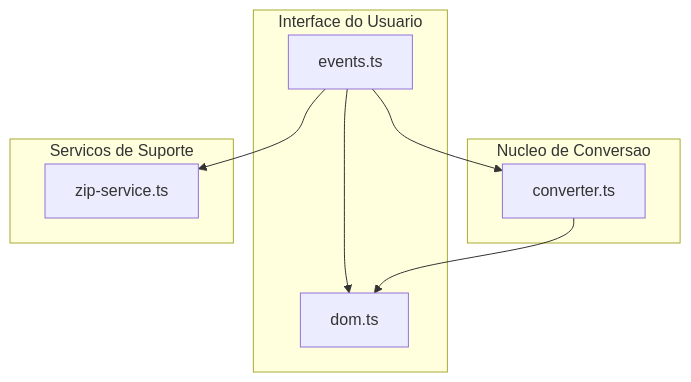
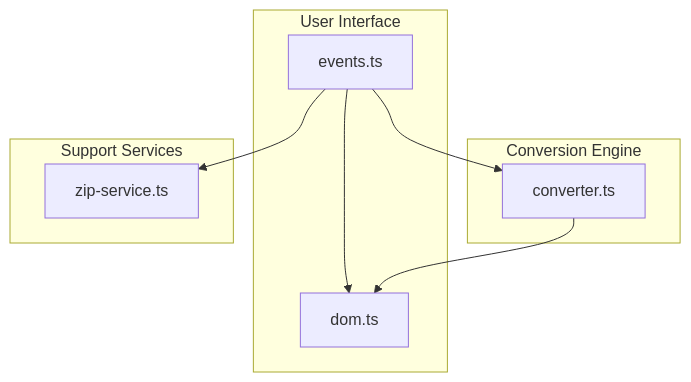
The diagram in README.md (Isllanrx/Conversor_WEBP), drawn with Mermaid before and after one commit. The commit also changed other lines of this file, not shown here.

````diff
--- a/README.md
+++ b/README.md
@@ -9,18 +17,18 @@
 ```mermaid
 graph TD
-    subgraph Camada_de_Interface [Interface do Usuario]
+    subgraph UI_Layer [User Interface]
         Events[events.ts] --> DOM[dom.ts]
     end
 
-    subgraph Camada_de_Processamento [Nucleo de Conversao]
+    subgraph Core_Layer [Conversion Engine]
         Converter[converter.ts]
     end
 
-    subgraph Camada_de_Servicos [Servicos de Suporte]
+    subgraph Services_Layer [Support Services]
         ZipService[zip-service.ts]
     end
 
     Events --> Converter
     Events --> ZipService
     Converter --> DOM
 ```
````
